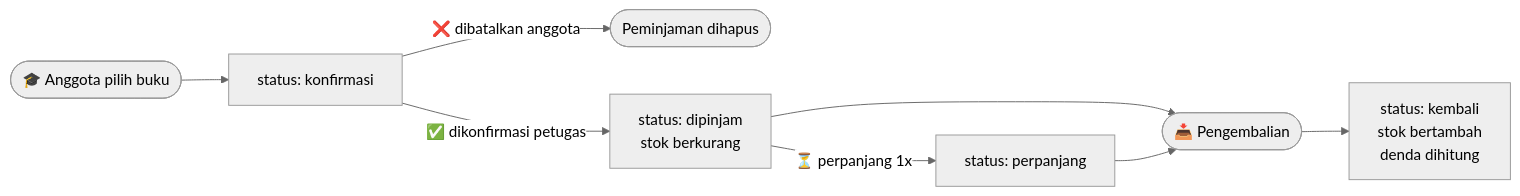
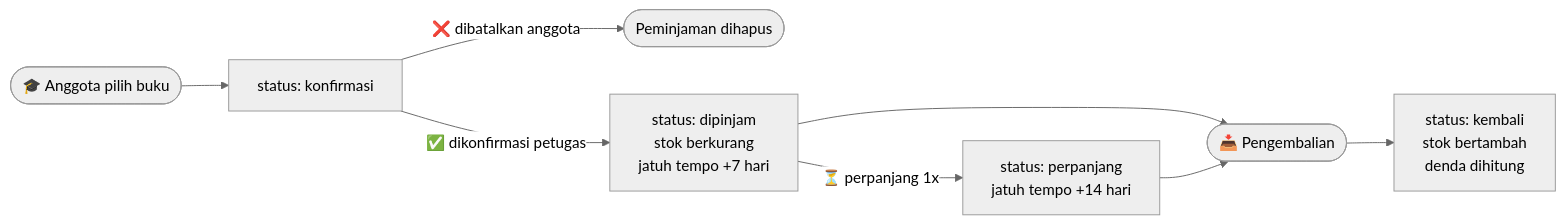
Before and after one commit to Almasyriqi/Laravel_Web_Perpustakaan: the second of 2 diagrams in README.md, drawn with Mermaid (neutral theme). The commit also changed other lines of this file, not shown here.

First line of the commit message:
docs: README — tandai roadmap Prioritas Menengah selesai

````diff
--- a/README.md
+++ b/README.md
@@ -212,10 +219,10 @@
 ```mermaid
 flowchart LR
     A([🎓 Anggota pilih buku]) --> B[status: konfirmasi]
     B -->|❌ dibatalkan anggota| X([Peminjaman dihapus])
-    B -->|✅ dikonfirmasi petugas| C[status: dipinjam<br/>stok berkurang]
-    C -->|⏳ perpanjang 1x| D[status: perpanjang]
+    B -->|✅ dikonfirmasi petugas| C[status: dipinjam<br/>stok berkurang<br/>jatuh tempo +7 hari]
+    C -->|⏳ perpanjang 1x| D[status: perpanjang<br/>jatuh tempo +14 hari]
     C --> E([📥 Pengembalian])
     D --> E
     E --> F[status: kembali<br/>stok bertambah<br/>denda dihitung]
 ```
````
